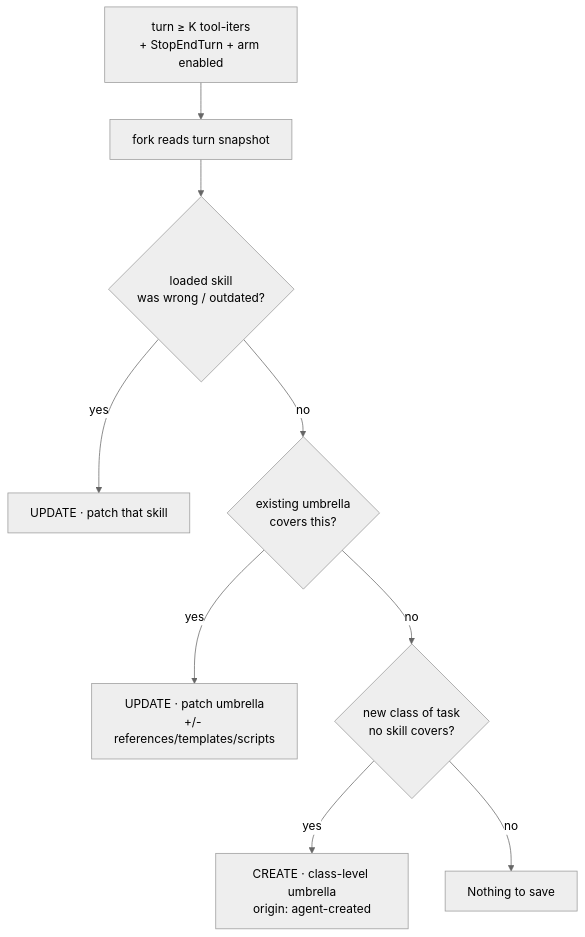
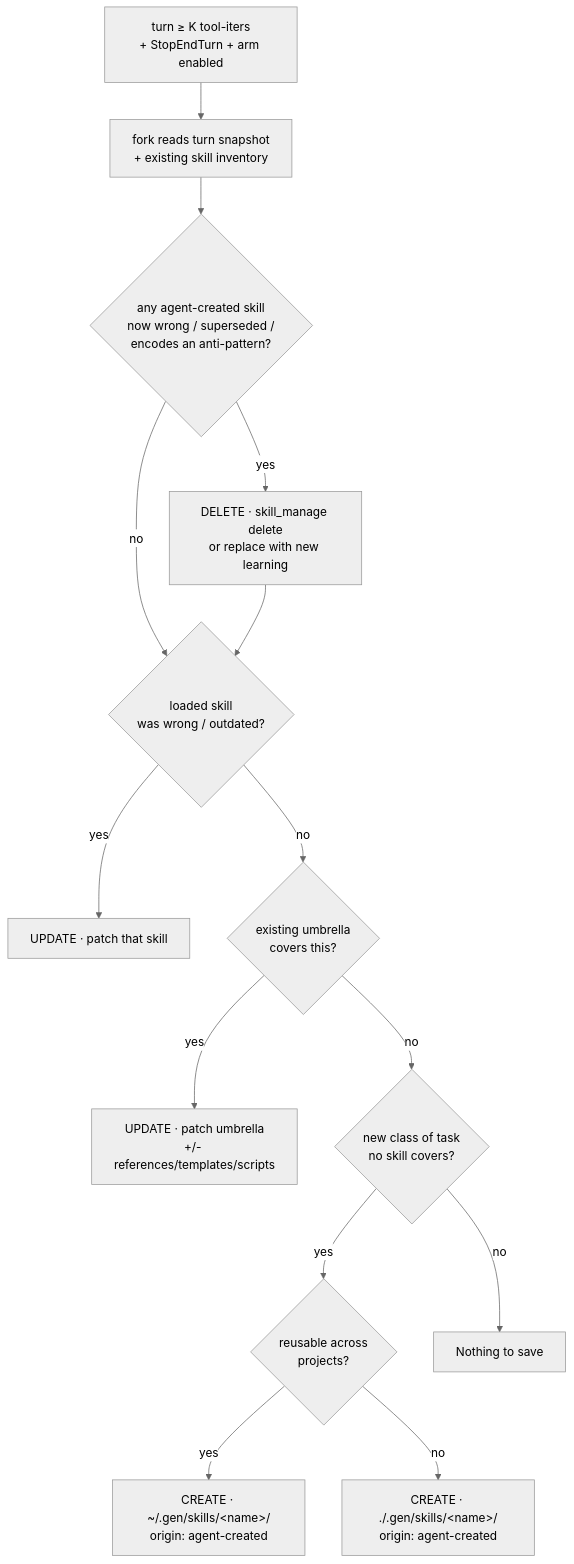
One commit to genai-io/san changed the sixth of 6 diagrams in notes/active/l1-background-review.md. Above: the diagram before and after it, drawn with Mermaid (neutral theme). The commit also changed other lines of this file, not shown here.

````diff
--- a/notes/active/l1-background-review.md
+++ b/notes/active/l1-background-review.md
@@ -178,11 +257,16 @@
 ```mermaid
 flowchart TD
-    A[turn ≥ K tool-iters<br/>+ StopEndTurn + arm enabled] --> B[fork reads turn snapshot]
-    B --> C{loaded skill<br/>was wrong / outdated?}
+    A[turn ≥ K tool-iters<br/>+ StopEndTurn + arm enabled] --> B[fork reads turn snapshot<br/>+ existing skill inventory]
+    B --> X{any agent-created skill<br/>now wrong / superseded /<br/>encodes an anti-pattern?}
+    X -- yes --> XD[DELETE · skill_manage delete<br/>or replace with new learning]
+    X -- no --> C
+    XD --> C{loaded skill<br/>was wrong / outdated?}
     C -- yes --> U1[UPDATE · patch that skill]
     C -- no --> D{existing umbrella<br/>covers this?}
     D -- yes --> U2[UPDATE · patch umbrella<br/>+/- references/templates/scripts]
     D -- no --> E{new class of task<br/>no skill covers?}
-    E -- yes --> N[CREATE · class-level umbrella<br/>origin: agent-created]
+    E -- yes --> L{reusable across<br/>projects?}
+    L -- yes --> N1[CREATE · ~/.gen/skills/&lt;name&gt;/<br/>origin: agent-created]
+    L -- no --> N2[CREATE · ./.gen/skills/&lt;name&gt;/<br/>origin: agent-created]
     E -- no --> Z[Nothing to save]
 ```
````
